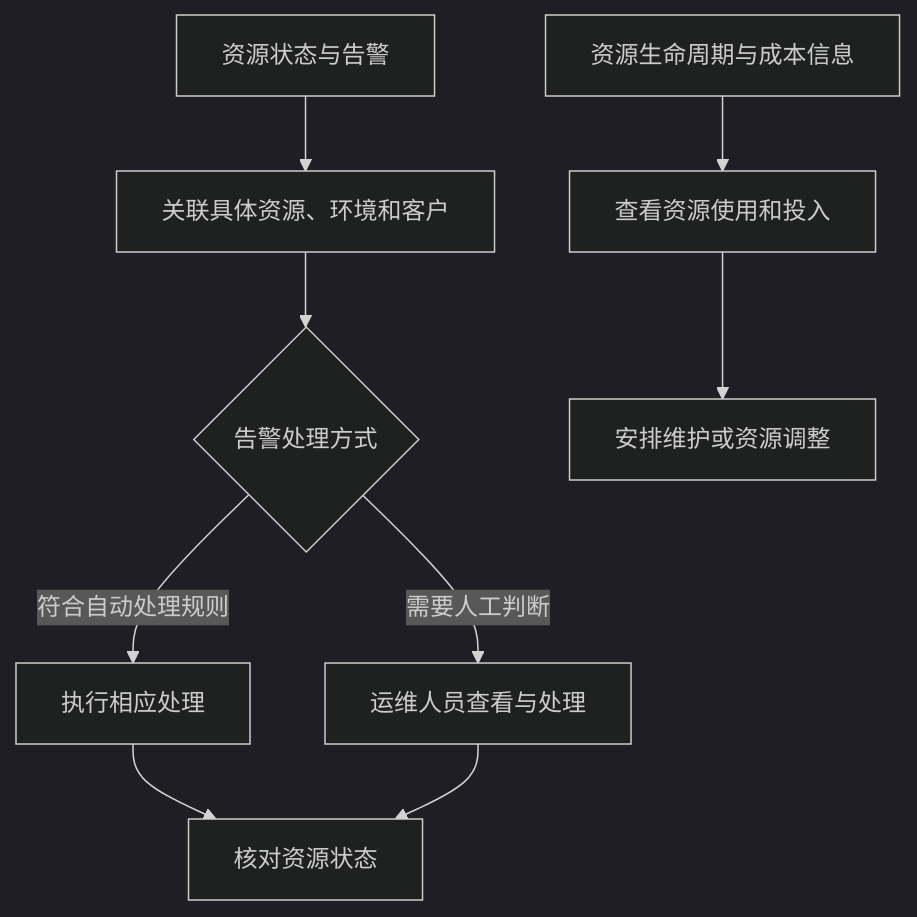
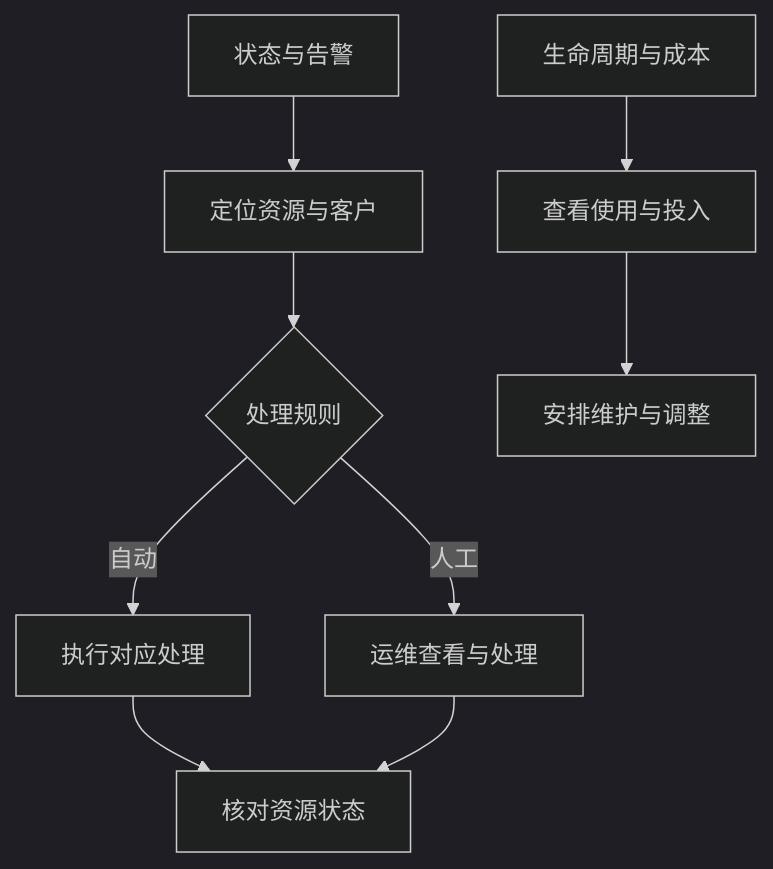
The second of 2 diagrams in content/cases/multi-cloud-management.md (cytlabs/personal-site), drawn with Mermaid (dark theme) before and after one commit. The commit also changed other lines of this file and 17 other files, not shown here.

First line of the commit message:
统一图表排版、主题和大图查看 (#15)

````diff
--- a/content/cases/multi-cloud-management.md
+++ b/content/cases/multi-cloud-management.md
@@ -38,11 +36,9 @@
 ```mermaid
 flowchart TD
-    A["资源状态与告警"] --> B["关联具体资源、环境和客户"]
-    B --> C{"告警处理方式"}
-    C -->|符合自动处理规则| D["执行相应处理"]
-    C -->|需要人工判断| E["运维人员查看与处理"]
+    A["状态与告警"] --> B["定位资源与客户"] --> C{"处理规则"}
+    C -->|自动| D["执行对应处理"]
+    C -->|人工| E["运维查看与处理"]
     D --> F["核对资源状态"]
     E --> F
-    G["资源生命周期与成本信息"] --> H["查看资源使用和投入"]
-    H --> I["安排维护或资源调整"]
+    G["生命周期与成本"] --> H["查看使用与投入"] --> I["安排维护与调整"]
 ```
````
